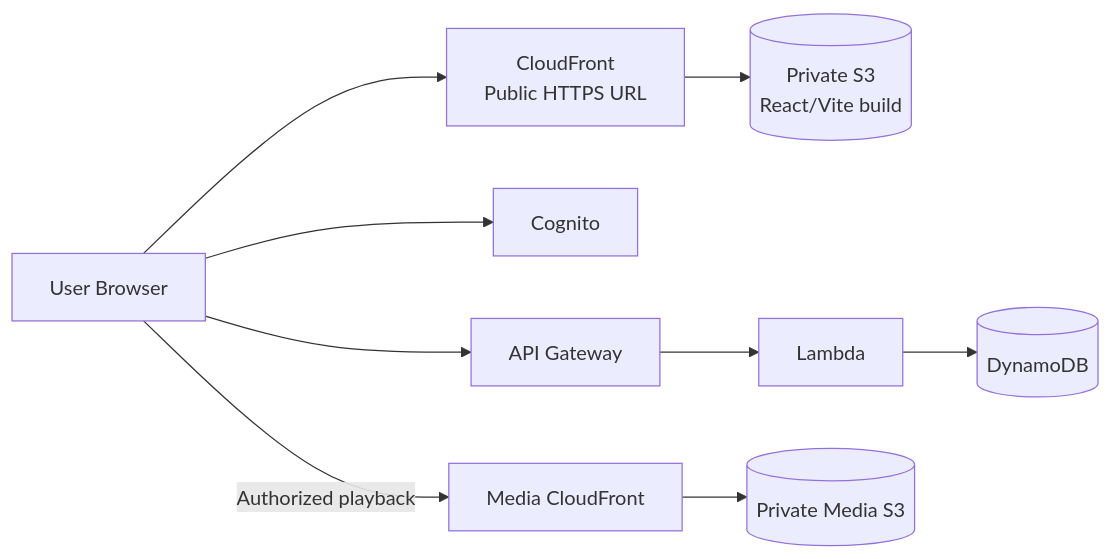
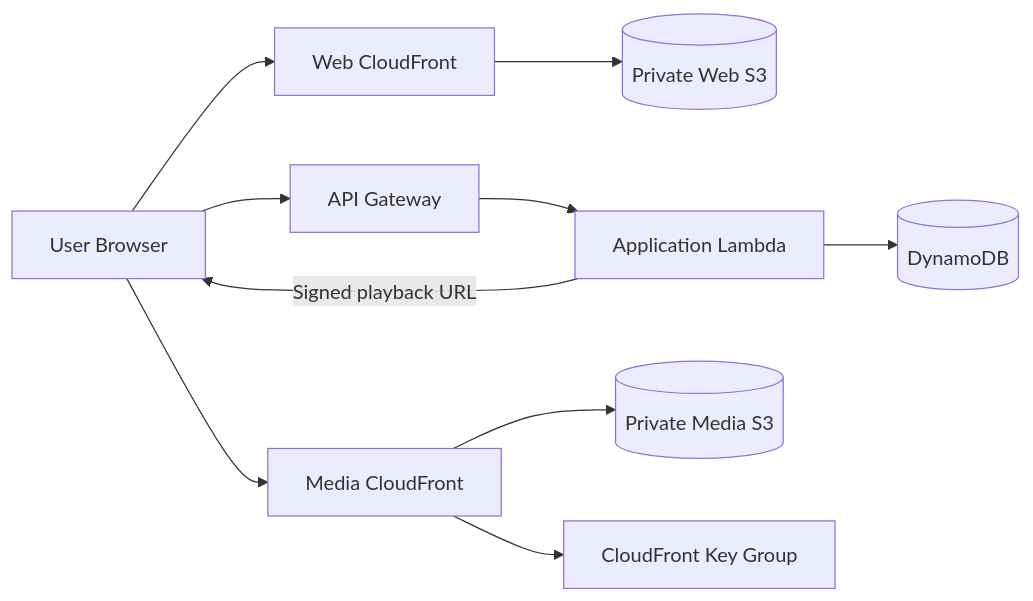
The first of 2 diagrams in docs/19-remaining-implementation-roadmap.md (InfX2243/echoclass), drawn with Mermaid before and after one commit. The commit also changed other lines of this file and 15 other files, not shown here.

First line of the commit message:
feat: deploy EchoClass web app through CloudFront (#32)

````diff
--- a/docs/19-remaining-implementation-roadmap.md
+++ b/docs/19-remaining-implementation-roadmap.md
@@ -27,13 +24,22 @@
 ```mermaid
 flowchart LR
-  U[User Browser] --> CF[CloudFront
-Public HTTPS URL]
-  CF --> S3WEB[(Private S3
-React/Vite build)]
-  U --> COG[Cognito]
-  U --> API[API Gateway]
-  API --> L[Lambda]
-  L --> DB[(DynamoDB)]
-  U -->|Authorized playback| MEDIA[Media CloudFront]
-  MEDIA --> S3MEDIA[(Private Media S3)]
+  Browser[User Browser]
+  WebCF[Web CloudFront]
+  WebS3[(Private Web S3)]
+  API[API Gateway]
+  Lambda[Application Lambda]
+  DB[(DynamoDB)]
+  MediaCF[Media CloudFront]
+  MediaS3[(Private Media S3)]
+  KeyGroup[CloudFront Key Group]
+
+  Browser --> WebCF
+  WebCF --> WebS3
+  Browser --> API
+  API --> Lambda
+  Lambda --> DB
+  Lambda -->|Signed playback URL| Browser
+  Browser --> MediaCF
+  MediaCF --> KeyGroup
+  MediaCF --> MediaS3
 ```
````
